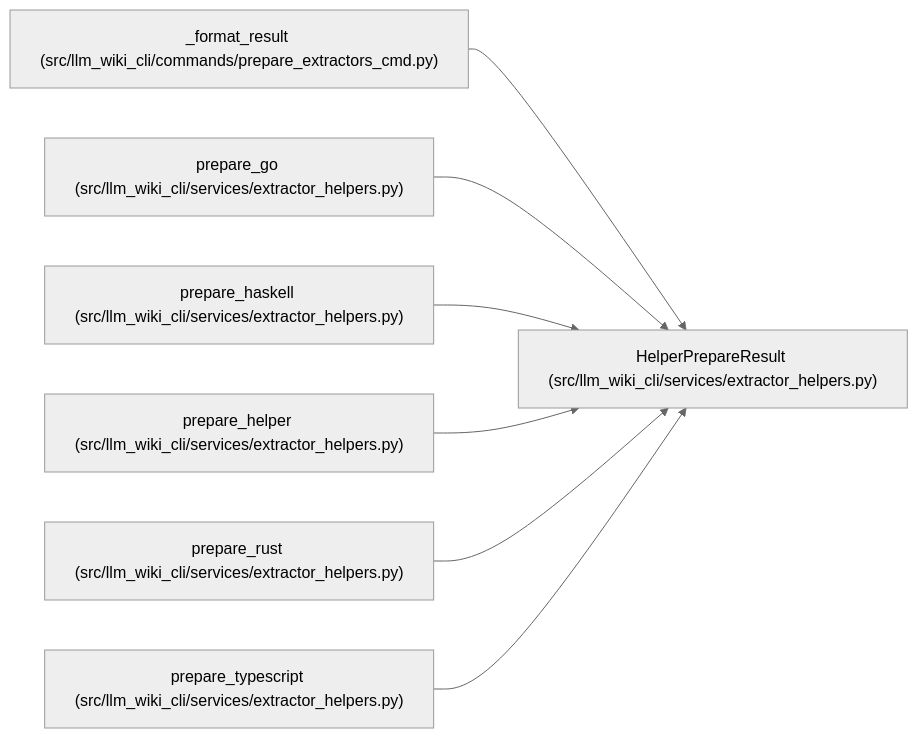
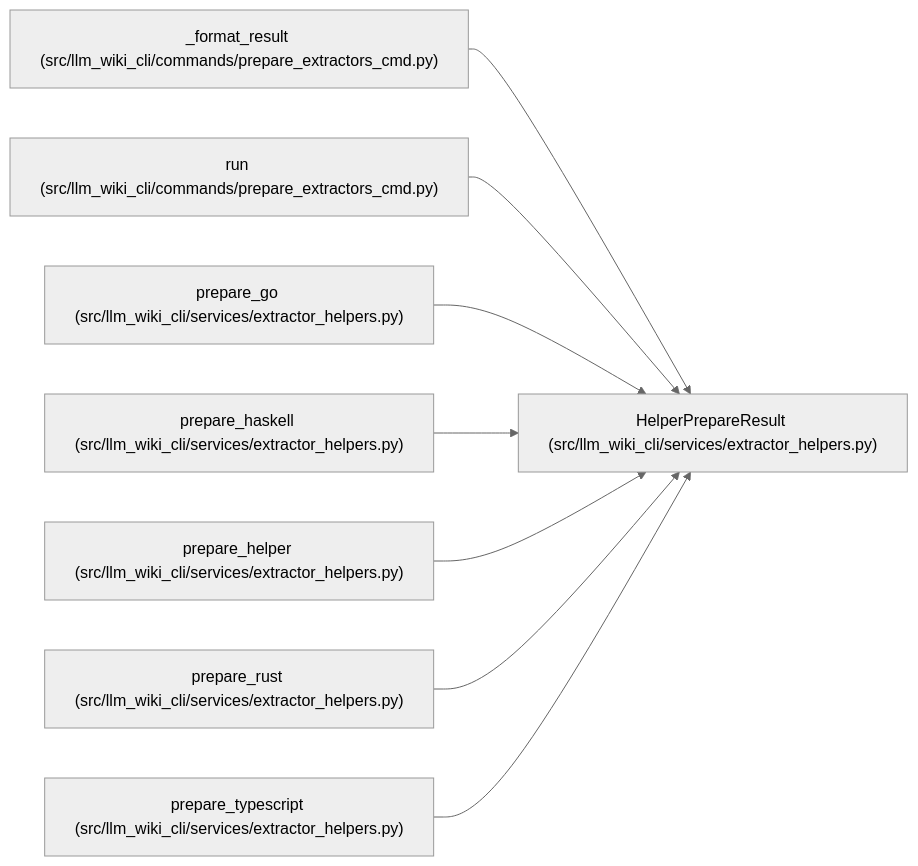
One commit to Denissvgn/python-wiki-llm changed the diagram in docs/llm_wiki/entities/HelperPrepareResult.md. Above: the diagram before and after it, drawn with Mermaid (neutral theme). The commit also changed other lines of this file and 509 other files, not shown here.

First line of the commit message:
Automate extractor helper setup and guide agents through recovery (#45)

````diff
--- a/docs/llm_wiki/entities/HelperPrepareResult.md
+++ b/docs/llm_wiki/entities/HelperPrepareResult.md
@@ -30,23 +30,26 @@
 ```mermaid
 flowchart LR
     n0["HelperPrepareResult (src/llm_wiki_cli/services/extractor_helpers.py)"]
     n1["_format_result (src/llm_wiki_cli/commands/prepare_extractors_cmd.py)"]
-    n2["prepare_go (src/llm_wiki_cli/services/extractor_helpers.py)"]
-    n3["prepare_haskell (src/llm_wiki_cli/services/extractor_helpers.py)"]
-    n4["prepare_helper (src/llm_wiki_cli/services/extractor_helpers.py)"]
-    n5["prepare_rust (src/llm_wiki_cli/services/extractor_helpers.py)"]
-    n6["prepare_typescript (src/llm_wiki_cli/services/extractor_helpers.py)"]
+    n2["run (src/llm_wiki_cli/commands/prepare_extractors_cmd.py)"]
+    n3["prepare_go (src/llm_wiki_cli/services/extractor_helpers.py)"]
+    n4["prepare_haskell (src/llm_wiki_cli/services/extractor_helpers.py)"]
+    n5["prepare_helper (src/llm_wiki_cli/services/extractor_helpers.py)"]
+    n6["prepare_rust (src/llm_wiki_cli/services/extractor_helpers.py)"]
+    n7["prepare_typescript (src/llm_wiki_cli/services/extractor_helpers.py)"]
     n1 --> n0
     n2 --> n0
     n3 --> n0
     n4 --> n0
     n5 --> n0
     n6 --> n0
+    n7 --> n0
     click n0 "../modules/extractor_helpers.md"
     click n1 "../modules/prepare_extractors_cmd.md"
-    click n2 "../modules/extractor_helpers.md"
+    click n2 "../modules/prepare_extractors_cmd.md"
     click n3 "../modules/extractor_helpers.md"
     click n4 "../modules/extractor_helpers.md"
     click n5 "../modules/extractor_helpers.md"
     click n6 "../modules/extractor_helpers.md"
+    click n7 "../modules/extractor_helpers.md"
 ```
````
